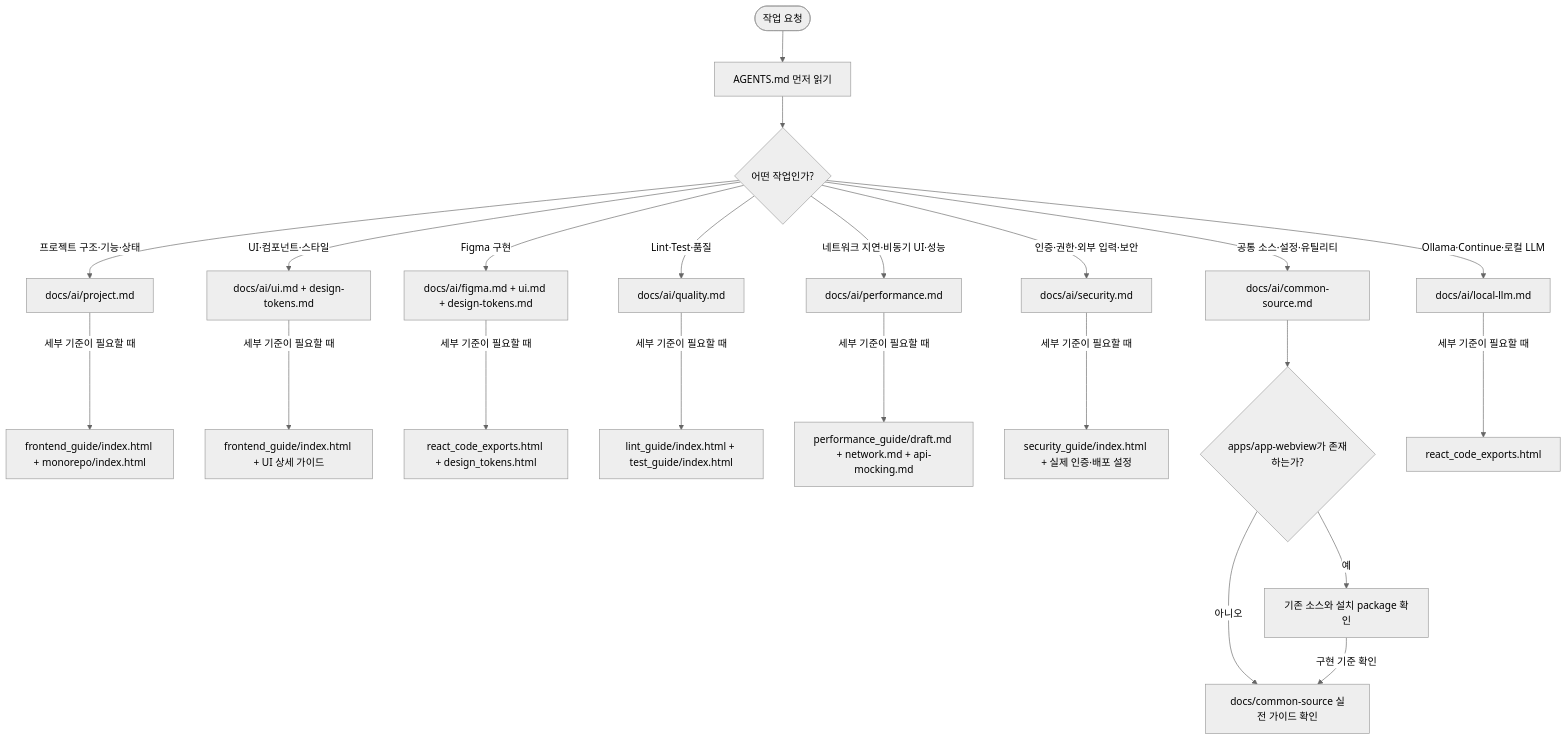
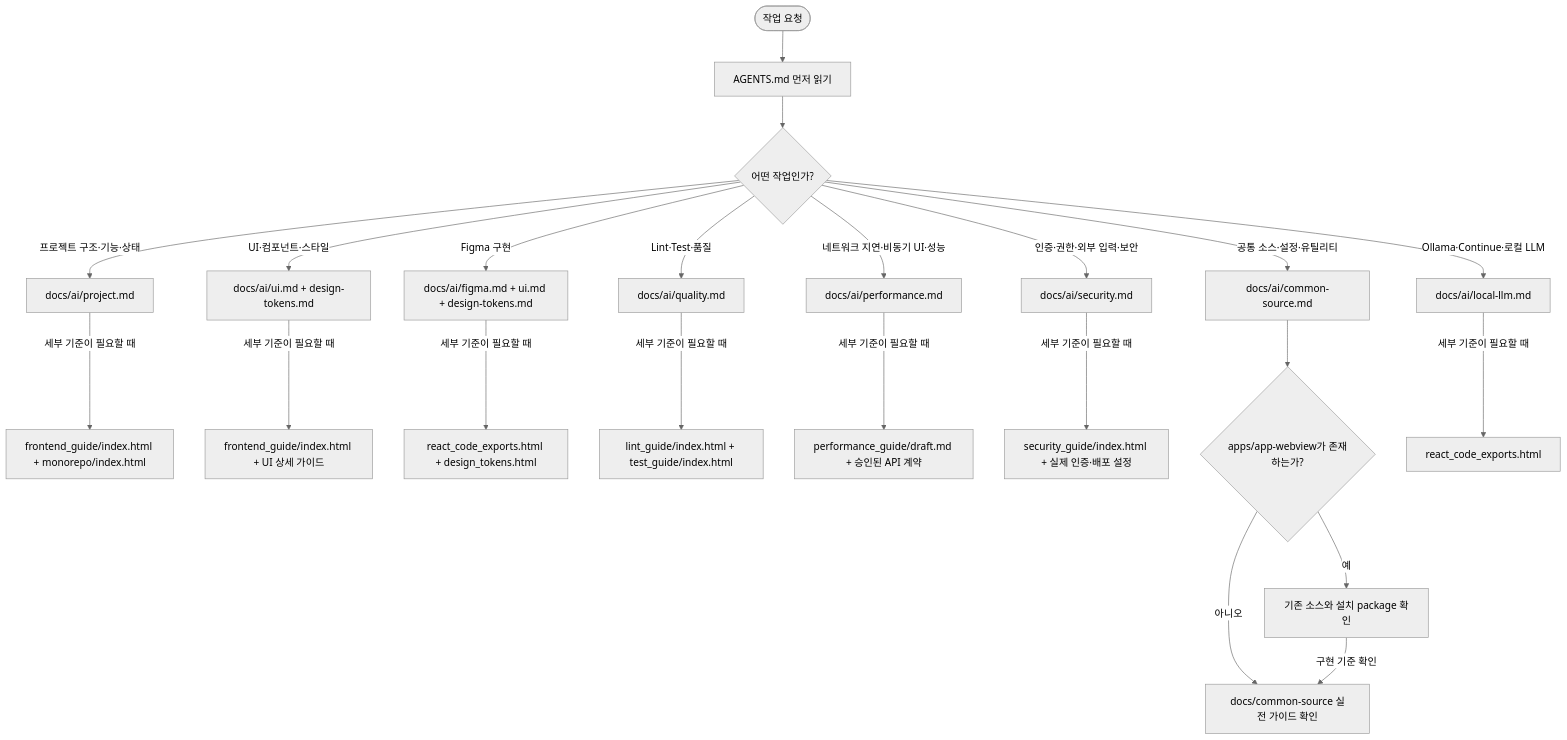
Before and after one commit to minsukong/lounge-docs: the diagram in reference/front-end/AGENTS.md, drawn with Mermaid (neutral theme). The commit also changed other lines of this file and 31 other files, not shown here.

```diff
--- a/reference/front-end/AGENTS.md
+++ b/reference/front-end/AGENTS.md
@@ -59,26 +62,26 @@
   <div class="mermaid">
 flowchart TD
   accTitle: AI의 Front-end 가이드 확인 흐름
   accDescr: AI는 작업 요청을 받으면 AGENTS.md를 먼저 읽고 작업 종류에 맞는 docs/ai 요약 문서를 선택한 뒤, 세부 기준이 필요할 때만 연결된 상세 가이드를 확인합니다.
   A([작업 요청]) --> B["AGENTS.md 먼저 읽기"]
   B --> C{"어떤 작업인가?"}
   C -->|"프로젝트 구조·기능·상태"| P["docs/ai/project.md"]
   C -->|"UI·컴포넌트·스타일"| U["docs/ai/ui.md + design-tokens.md"]
   C -->|"Figma 구현"| F["docs/ai/figma.md + ui.md + design-tokens.md"]
   C -->|"Lint·Test·품질"| Q["docs/ai/quality.md"]
   C -->|"네트워크 지연·비동기 UI·성능"| N["docs/ai/performance.md"]
   C -->|"인증·권한·외부 입력·보안"| S["docs/ai/security.md"]
   C -->|"공통 소스·설정·유틸리티"| CS["docs/ai/common-source.md"]
   C -->|"Ollama·Continue·로컬 LLM"| L["docs/ai/local-llm.md"]
   P -->|"세부 기준이 필요할 때"| PH["frontend_guide/index.html + monorepo/index.html"]
   U -->|"세부 기준이 필요할 때"| UH["frontend_guide/index.html + UI 상세 가이드"]
   F -->|"세부 기준이 필요할 때"| FH["react_code_exports.html + design_tokens.html"]
   Q -->|"세부 기준이 필요할 때"| QH["lint_guide/index.html + test_guide/index.html"]
-  N -->|"세부 기준이 필요할 때"| NH["performance_guide/draft.md + network.md + api-mocking.md"]
+  N -->|"세부 기준이 필요할 때"| NH["performance_guide/draft.md + 승인된 API 계약"]
   S -->|"세부 기준이 필요할 때"| SH["security_guide/index.html + 실제 인증·배포 설정"]
   CS --> CSR{"apps/app-webview가 존재하는가?"}
   CSR -->|"예"| CSS["기존 소스와 설치 package 확인"]
   CSR -->|"아니오"| CSH["docs/common-source 실전 가이드 확인"]
   CSS -->|"구현 기준 확인"| CSH
   L -->|"세부 기준이 필요할 때"| LH["react_code_exports.html"]
   </div>
```
